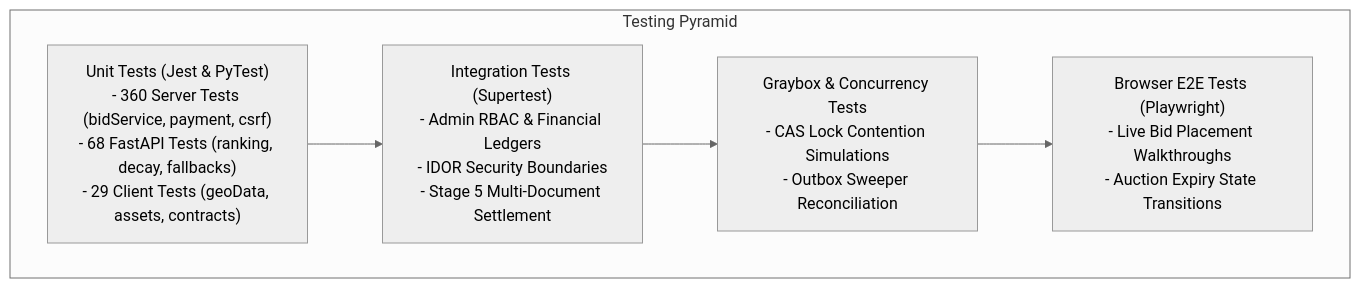
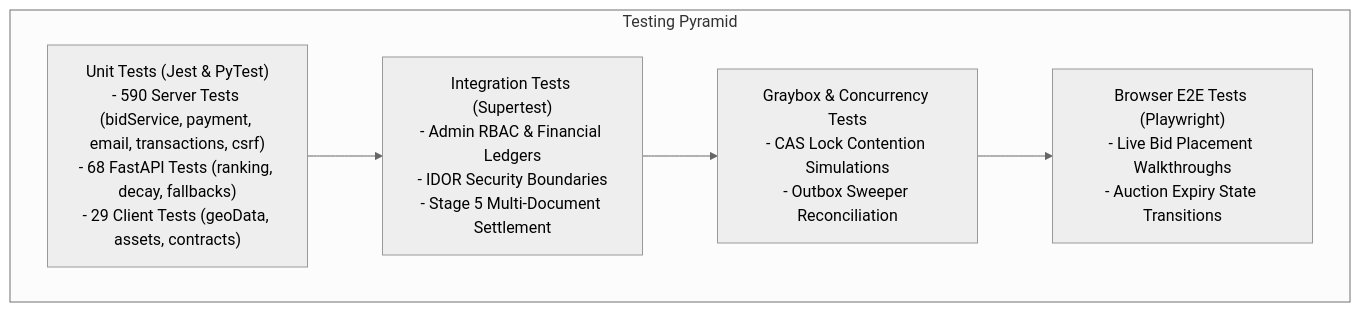
Before and after one commit to OmSardar/AuctionX-Enhanced-Live-AI-Auction-Platform: the tenth of 10 diagrams in README.md, drawn with Mermaid (neutral theme). The commit also changed other lines of this file and 29 other files, not shown here.

````diff
--- a/README.md
+++ b/README.md
@@ -599,13 +601,13 @@
 ```mermaid
 flowchart TD
     subgraph "Testing Pyramid"
-        Unit["Unit Tests (Jest & PyTest)<br/>- 360 Server Tests (bidService, payment, csrf)<br/>- 68 FastAPI Tests (ranking, decay, fallbacks)<br/>- 29 Client Tests (geoData, assets, contracts)"]
+        Unit["Unit Tests (Jest & PyTest)<br/>- 590 Server Tests (bidService, payment, email, transactions, csrf)<br/>- 68 FastAPI Tests (ranking, decay, fallbacks)<br/>- 29 Client Tests (geoData, assets, contracts)"]
         Integration["Integration Tests (Supertest)<br/>- Admin RBAC & Financial Ledgers<br/>- IDOR Security Boundaries<br/>- Stage 5 Multi-Document Settlement"]
         Graybox["Graybox & Concurrency Tests<br/>- CAS Lock Contention Simulations<br/>- Outbox Sweeper Reconciliation"]
         E2E["Browser E2E Tests (Playwright)<br/>- Live Bid Placement Walkthroughs<br/>- Auction Expiry State Transitions"]
     end
 
     Unit --> Integration
     Integration --> Graybox
     Graybox --> E2E
 ```
````
